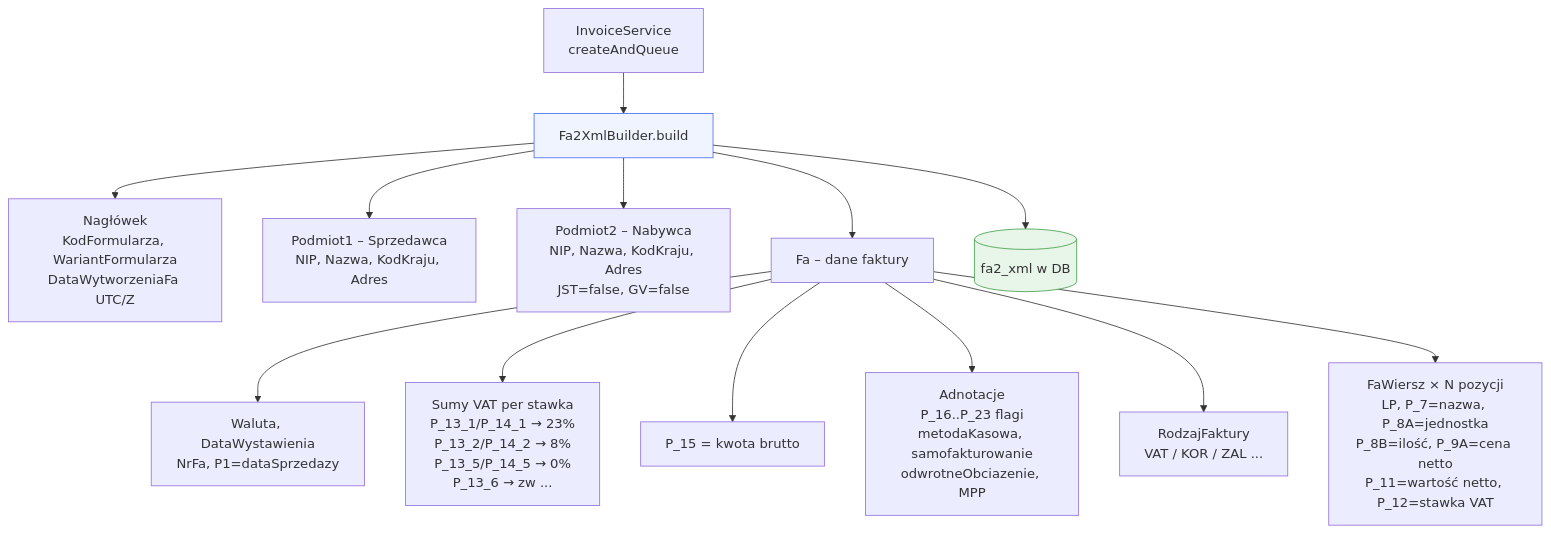
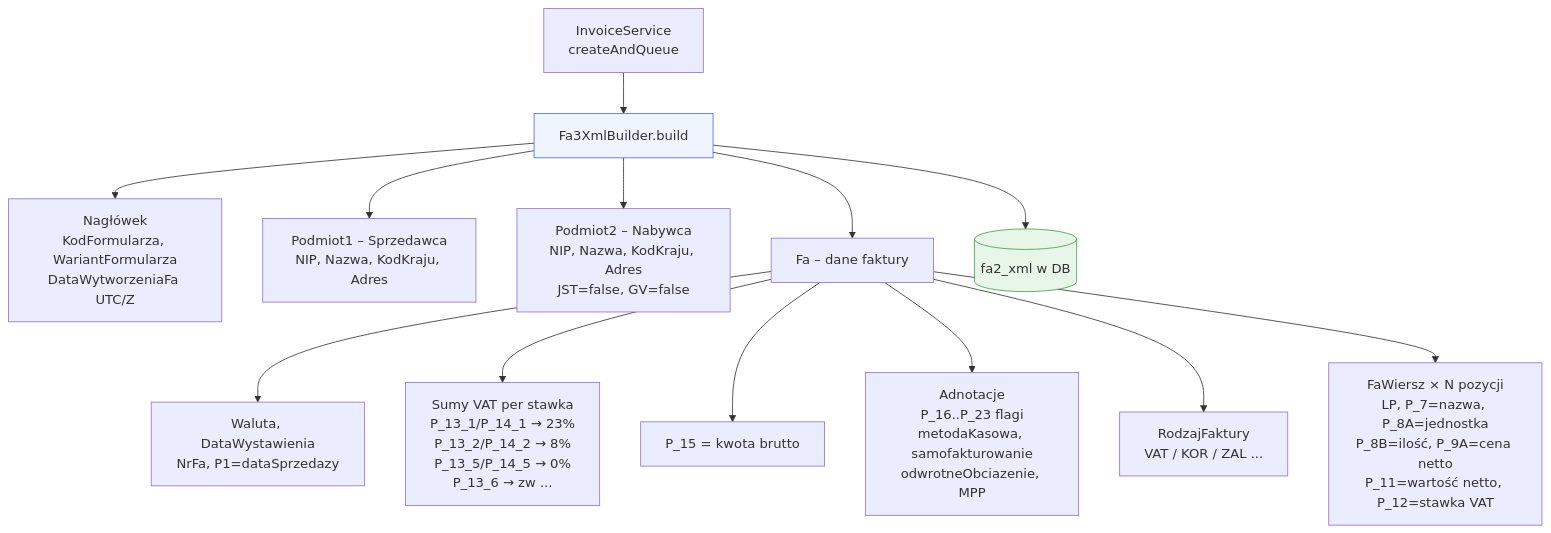
One commit to krx2/ksef-app changed the seventh of 9 diagrams in ARCHITECTURE.md. Above: the diagram before and after it, drawn with Mermaid. The commit also changed other lines of this file and 36 other files, not shown here.

````diff
--- a/ARCHITECTURE.md
+++ b/ARCHITECTURE.md
@@ -213,21 +228,21 @@
 ```mermaid
 flowchart TD
-    A[InvoiceService\ncreateAndQueue] --> B[Fa2XmlBuilder.build]
+    A[InvoiceService\ncreateAndQueue] --> B[Fa3XmlBuilder.build]
 
     B --> C[Nagłówek\nKodFormularza, WariantFormularza\nDataWytworzeniaFa UTC/Z]
     B --> D[Podmiot1 – Sprzedawca\nNIP, Nazwa, KodKraju, Adres]
     B --> E[Podmiot2 – Nabywca\nNIP, Nazwa, KodKraju, Adres\nJST=false, GV=false]
     B --> F[Fa – dane faktury]
 
     F --> G[Waluta, DataWystawienia\nNrFa, P1=dataSprzedazy]
     F --> H[Sumy VAT per stawka\nP_13_1/P_14_1 → 23%\nP_13_2/P_14_2 → 8%\nP_13_5/P_14_5 → 0%\nP_13_6 → zw ...]
     F --> I[P_15 = kwota brutto]
     F --> J[Adnotacje\nP_16..P_23 flagi\nmetodaKasowa, samofakturowanie\nodwrotneObciazenie, MPP]
     F --> K[RodzajFaktury\nVAT / KOR / ZAL ...]
     F --> L[FaWiersz × N pozycji\nLP, P_7=nazwa, P_8A=jednostka\nP_8B=ilość, P_9A=cena netto\nP_11=wartość netto, P_12=stawka VAT]
 
     B --> M[(fa2_xml w DB)]
 
     style B fill:#f0f4ff,stroke:#4a6cf7
     style M fill:#e8f5e9,stroke:#43a047
 ```
````
